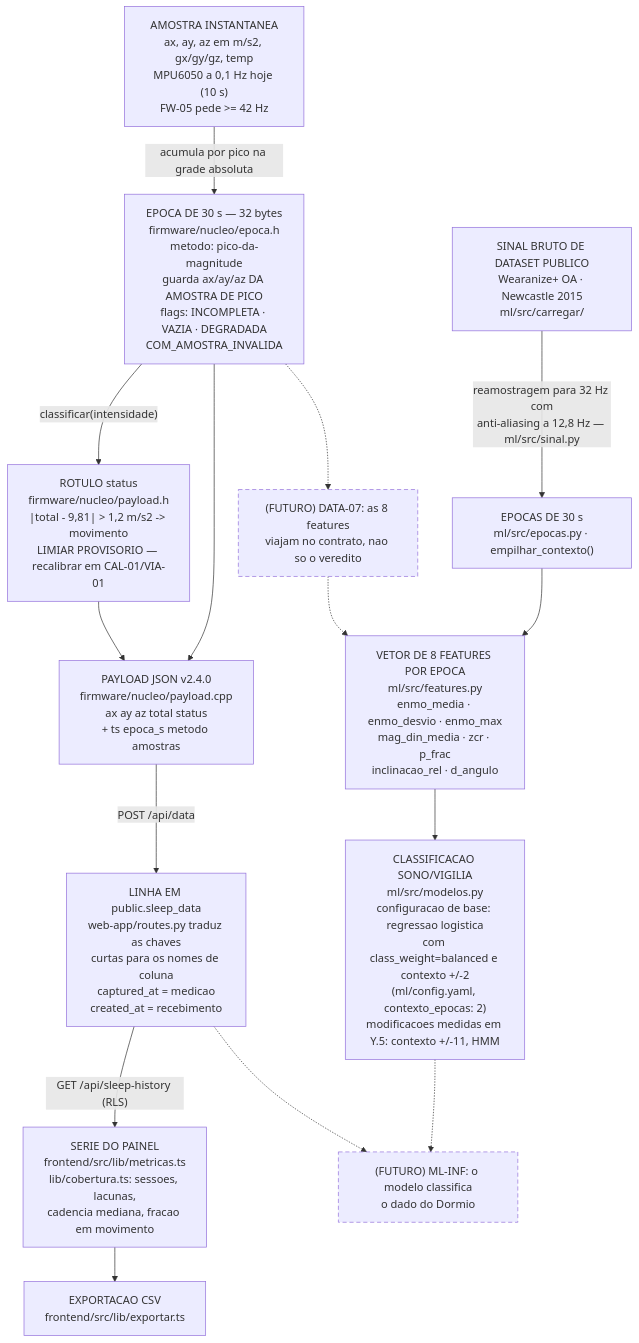
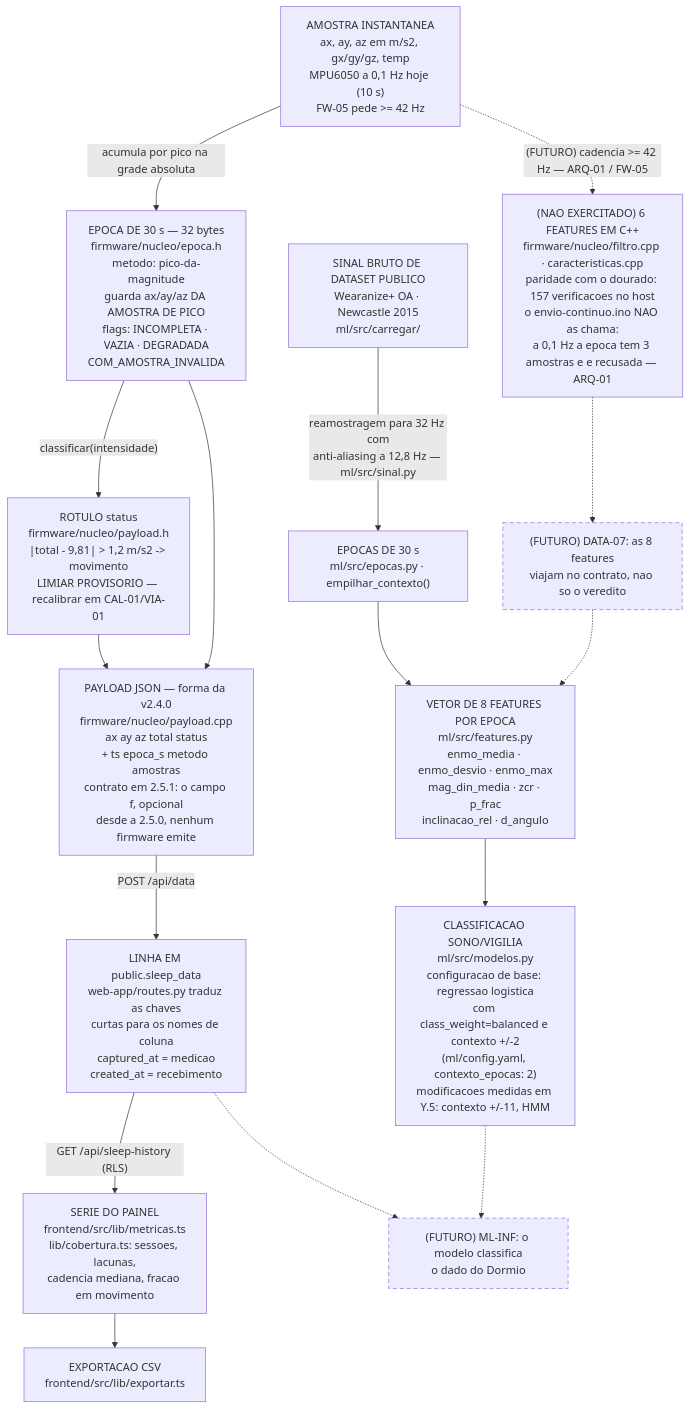
The third of 3 diagrams in docs/diagramas/DIAG-03-firmware-e-fluxo-do-dado.md (vitormendes4072/DormioSmart), drawn with Mermaid before and after one commit. The commit also changed other lines of this file and 9 other files, not shown here.

````diff
--- a/docs/diagramas/DIAG-03-firmware-e-fluxo-do-dado.md
+++ b/docs/diagramas/DIAG-03-firmware-e-fluxo-do-dado.md
@@ -108,34 +111,36 @@
 ```mermaid
 flowchart TB
     A["AMOSTRA INSTANTANEA<br/>ax, ay, az em m/s2, gx/gy/gz, temp<br/>MPU6050 a 0,1 Hz hoje (10 s)<br/>FW-05 pede >= 42 Hz"]
     B["EPOCA DE 30 s — 32 bytes<br/>firmware/nucleo/epoca.h<br/>metodo: pico-da-magnitude<br/>guarda ax/ay/az DA AMOSTRA DE PICO<br/>flags: INCOMPLETA · VAZIA · DEGRADADA<br/>COM_AMOSTRA_INVALIDA"]
     C["ROTULO status<br/>firmware/nucleo/payload.h<br/>|total - 9,81| > 1,2 m/s2 -> movimento<br/>LIMIAR PROVISORIO — recalibrar em CAL-01/VIA-01"]
-    D["PAYLOAD JSON v2.4.0<br/>firmware/nucleo/payload.cpp<br/>ax ay az total status<br/>+ ts epoca_s metodo amostras"]
+    D["PAYLOAD JSON — forma da v2.4.0<br/>firmware/nucleo/payload.cpp<br/>ax ay az total status<br/>+ ts epoca_s metodo amostras<br/>contrato em 2.5.1: o campo f, opcional<br/>desde a 2.5.0, nenhum firmware emite"]
     E["LINHA EM public.sleep_data<br/>web-app/routes.py traduz as chaves<br/>curtas para os nomes de coluna<br/>captured_at = medicao<br/>created_at = recebimento"]
     F["SERIE DO PAINEL<br/>frontend/src/lib/metricas.ts<br/>lib/cobertura.ts: sessoes, lacunas,<br/>cadencia mediana, fracao em movimento"]
     G["EXPORTACAO CSV<br/>frontend/src/lib/exportar.ts"]
 
     A -->|"acumula por pico na grade absoluta"| B
     B -->|"classificar(intensidade)"| C
     C --> D
     B --> D
     D -->|"POST /api/data"| E
     E -->|"GET /api/sleep-history (RLS)"| F
     F --> G
 
     H["VETOR DE 8 FEATURES POR EPOCA<br/>ml/src/features.py<br/>enmo_media · enmo_desvio · enmo_max<br/>mag_din_media · zcr · p_frac<br/>inclinacao_rel · d_angulo"]
     I["CLASSIFICACAO SONO/VIGILIA<br/>ml/src/modelos.py<br/>configuracao de base: regressao logistica<br/>com class_weight=balanced e contexto +/-2<br/>(ml/config.yaml, contexto_epocas: 2)<br/>modificacoes medidas em Y.5: contexto +/-11, HMM"]
 
     J["SINAL BRUTO DE DATASET PUBLICO<br/>Wearanize+ OA · Newcastle 2015<br/>ml/src/carregar/"]
     J -->|"reamostragem para 32 Hz com<br/>anti-aliasing a 12,8 Hz — ml/src/sinal.py"| K["EPOCAS DE 30 s<br/>ml/src/epocas.py · empilhar_contexto()"]
     K --> H --> I
 
+    FC["(NAO EXERCITADO) 6 FEATURES EM C++<br/>firmware/nucleo/filtro.cpp · caracteristicas.cpp<br/>paridade com o dourado: 157 verificacoes no host<br/>o envio-continuo.ino NAO as chama:<br/>a 0,1 Hz a epoca tem 3 amostras e e recusada — ARQ-01"]
     L["(FUTURO) DATA-07: as 8 features<br/>viajam no contrato, nao so o veredito"]
     M["(FUTURO) ML-INF: o modelo classifica<br/>o dado do Dormio"]
-    B -.-> L -.-> H
+    A -.->|"(FUTURO) cadencia >= 42 Hz — ARQ-01 / FW-05"| FC
+    FC -.-> L -.-> H
     E -.-> M
     I -.-> M
 
     classDef futuro stroke-dasharray: 6 4;
     class L,M futuro;
 ```
````
